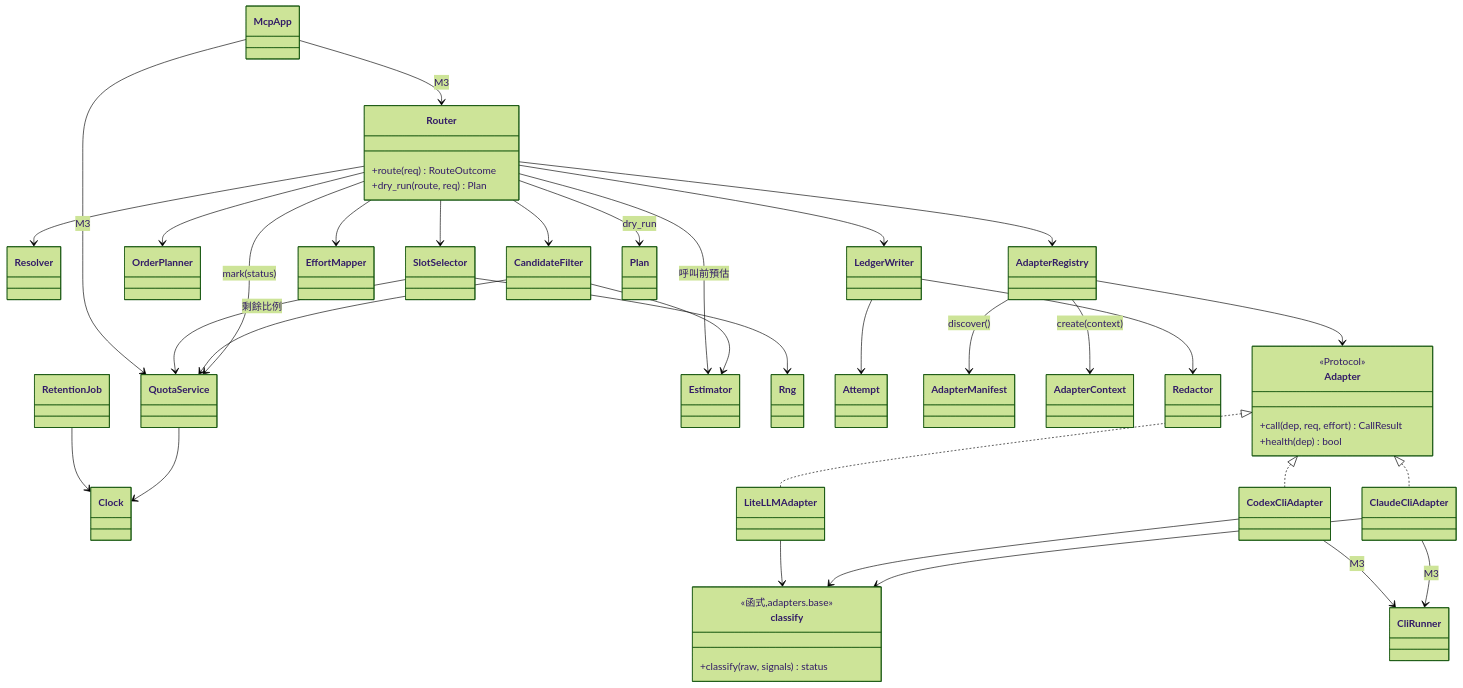
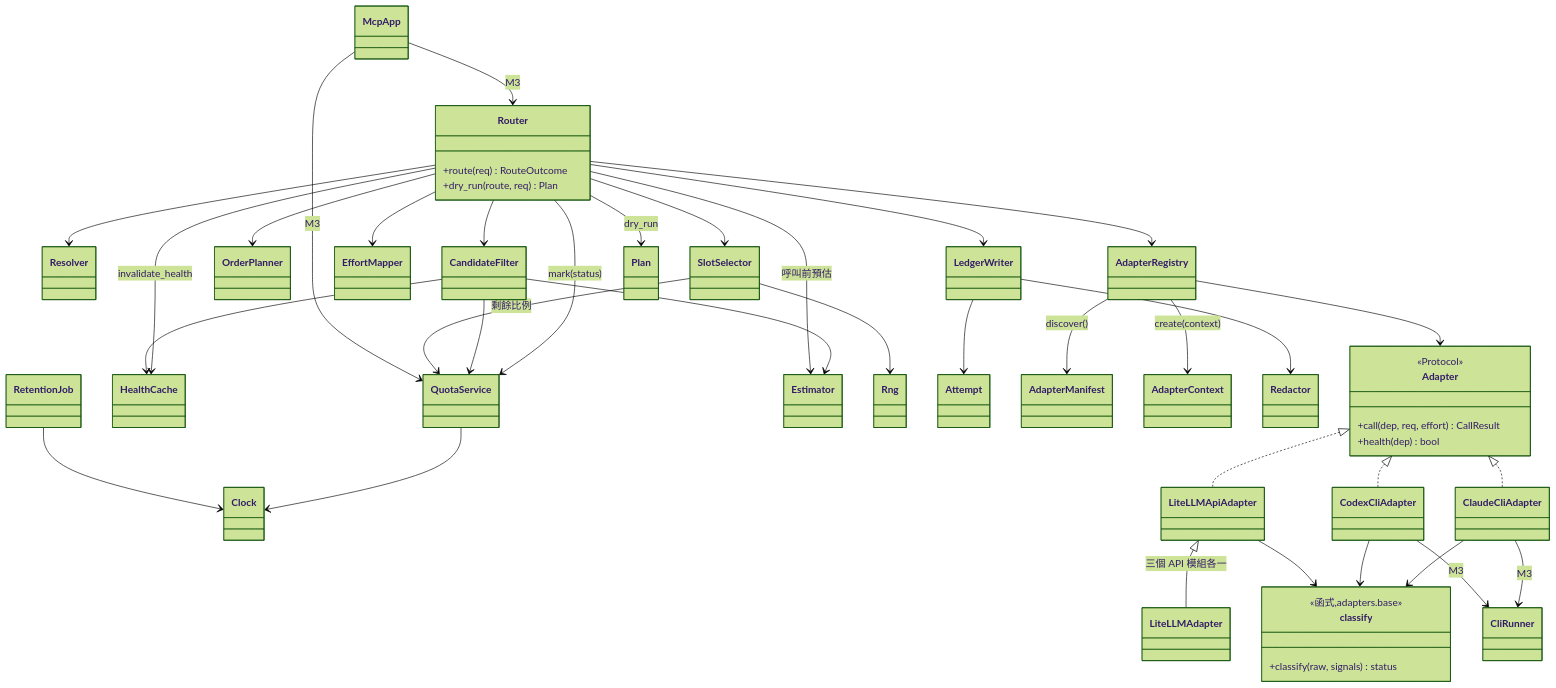
Before and after one commit to kamira/spillway: the diagram in sdlc_docs/structure/design.md, drawn with Mermaid (forest theme). The commit also changed other lines of this file and 3 other files, not shown here.

Commit message:
CHG-20261101-02: T12 規格書與結構文件更新(design v1.3 新增 D25–D27 與元件表同步;logical v1.2 api.admin 套件、api.deps、routing.outcome、adapters.base.api_adapter、SQL 只在 store、logger INFO 下限;directory v1.2 樹狀同步;README 相容性小節)

````diff
--- a/sdlc_docs/structure/design.md
+++ b/sdlc_docs/structure/design.md
@@ -42,47 +44,50 @@
 ```mermaid
 classDiagram
   class Router {
     +route(req) RouteOutcome
     +dry_run(route, req) Plan
   }
   class Adapter {
     <<Protocol>>
     +call(dep, req, effort) CallResult
     +health(dep) bool
   }
   class classify {
     <<函式,adapters.base>>
     +classify(raw, signals) status
   }
   Router --> Resolver
   Router --> CandidateFilter
   Router --> OrderPlanner
   Router --> SlotSelector
   Router --> EffortMapper
   Router --> AdapterRegistry
   Router --> LedgerWriter
+  Router --> HealthCache : invalidate_health
+  CandidateFilter --> HealthCache
   Router --> QuotaService : mark(status)
   CandidateFilter --> QuotaService
   CandidateFilter --> Estimator
   SlotSelector --> QuotaService : 剩餘比例
   SlotSelector --> Rng
   QuotaService --> Clock
   Router --> Estimator : 呼叫前預估
   Router --> Plan : dry_run
   LedgerWriter --> Attempt
   AdapterRegistry --> Adapter
-  Adapter <|.. LiteLLMAdapter
+  Adapter <|.. LiteLLMApiAdapter
+  LiteLLMApiAdapter <|-- LiteLLMAdapter : 三個 API 模組各一
   Adapter <|.. ClaudeCliAdapter
   Adapter <|.. CodexCliAdapter
   AdapterRegistry --> AdapterManifest : discover()
   ClaudeCliAdapter --> CliRunner : M3
   CodexCliAdapter --> CliRunner : M3
   ClaudeCliAdapter --> classify
   CodexCliAdapter --> classify
-  LiteLLMAdapter --> classify
+  LiteLLMApiAdapter --> classify
   AdapterRegistry --> AdapterContext : create(context)
   LedgerWriter --> Redactor
   RetentionJob --> Clock
   McpApp --> Router : M3
   McpApp --> QuotaService : M3
 ```
````
